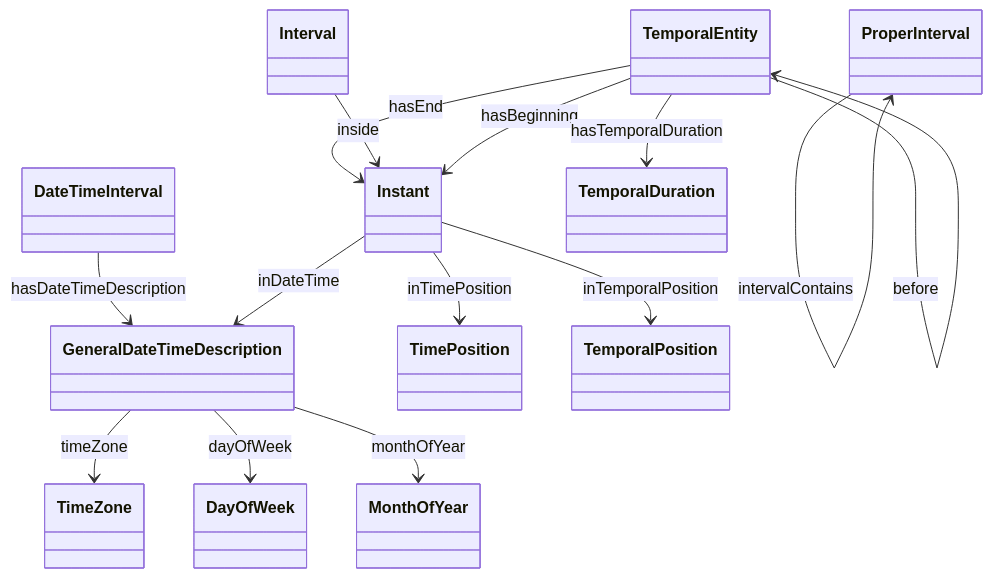
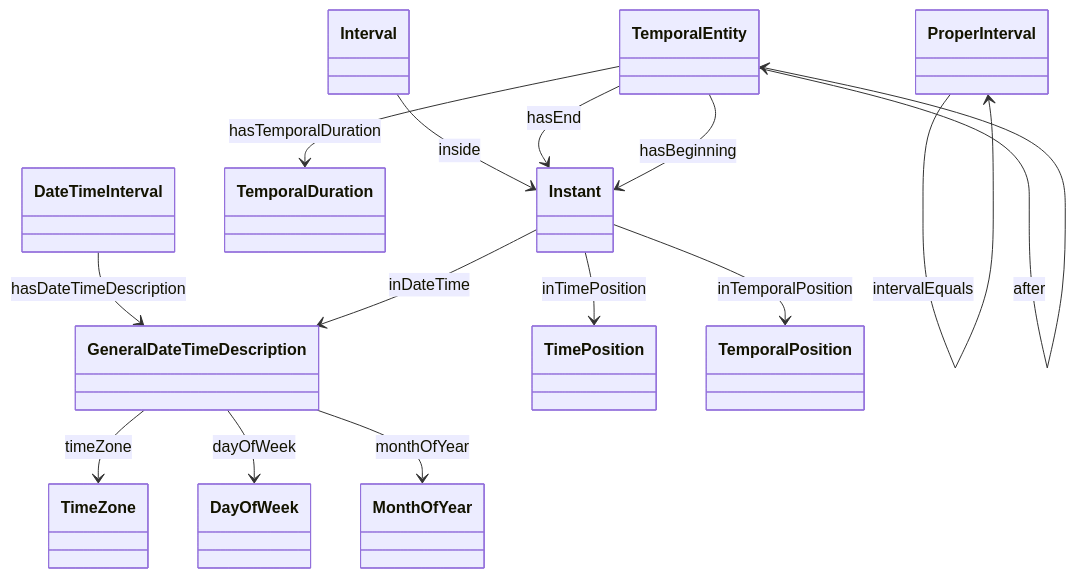
One commit to oeg-upm/Devos changed the diagram in output/Top_in_lov_freq/time.ttl-freq-5.md. Above: the diagram before and after it, drawn with Mermaid. The commit also changed other lines of this file and 186 other files, not shown here.

````diff
--- a/output/Top_in_lov_freq/time.ttl-freq-5.md
+++ b/output/Top_in_lov_freq/time.ttl-freq-5.md
@@ -1,83 +1,83 @@
 ```mermaid
 	classDiagram
 
     
     class ProperInterval {
     
     }
 
     class TemporalEntity {
     
     }
 
     class Instant {
     
     }
 
     class GeneralDateTimeDescription {
     
     }
 
     class DayOfWeek {
     
     }
 
 
 
-Instant  --> TimePosition   :inTimePosition  
+ProperInterval  --> ProperInterval   :intervalIn  
+
+ProperInterval  --> ProperInterval   :intervalAfter  
+
+ProperInterval  --> ProperInterval   :intervalFinishes  
+
+TemporalEntity  --> TemporalDuration   :hasTemporalDuration  
+
+TemporalEntity  --> TemporalEntity   :before  
+
+ProperInterval  --> ProperInterval   :intervalStartedBy  
+
+ProperInterval  --> ProperInterval   :intervalMetBy  
+
+ProperInterval  --> ProperInterval   :intervalMeets  
+
+Interval  --> Instant   :inside  
+
+ProperInterval  --> ProperInterval   :intervalDisjoint  
 
 GeneralDateTimeDescription  --> TimeZone   :timeZone  
 
-ProperInterval  --> ProperInterval   :intervalAfter  
+ProperInterval  --> ProperInterval   :intervalDuring  
 
-ProperInterval  --> ProperInterval   :intervalMetBy  
+ProperInterval  --> ProperInterval   :intervalBefore  
 
-ProperInterval  --> ProperInterval   :intervalIn  
+TemporalEntity  --> Instant   :hasEnd  
+
+Instant  --> TimePosition   :inTimePosition  
+
+Instant  --> TemporalPosition   :inTemporalPosition  
+
+DateTimeInterval  --> GeneralDateTimeDescription   :hasDateTimeDescription  
+
+GeneralDateTimeDescription  --> DayOfWeek   :dayOfWeek  
+
+TemporalEntity  --> Instant   :hasBeginning  
+
+ProperInterval  --> ProperInterval   :intervalOverlaps  
+
+ProperInterval  --> ProperInterval   :intervalOverlappedBy  
+
+ProperInterval  --> ProperInterval   :intervalContains  
+
+Instant  --> GeneralDateTimeDescription   :inDateTime  
+
+ProperInterval  --> ProperInterval   :intervalFinishedBy  
 
 ProperInterval  --> ProperInterval   :intervalStarts  
 
-ProperInterval  --> ProperInterval   :intervalOverlaps  
+GeneralDateTimeDescription  --> MonthOfYear   :monthOfYear  
 
-ProperInterval  --> ProperInterval   :intervalDuring  
+TemporalEntity  --> TemporalEntity   :after  
 
 ProperInterval  --> ProperInterval   :intervalEquals  
 
-TemporalEntity  --> TemporalEntity   :after  
-
-Instant  --> TemporalPosition   :inTemporalPosition  
-
-ProperInterval  --> ProperInterval   :intervalBefore  
-
-ProperInterval  --> ProperInterval   :intervalStartedBy  
-
-ProperInterval  --> ProperInterval   :intervalMeets  
-
-TemporalEntity  --> Instant   :hasEnd  
-
-ProperInterval  --> ProperInterval   :intervalDisjoint  
-
-DateTimeInterval  --> GeneralDateTimeDescription   :hasDateTimeDescription  
-
-ProperInterval  --> ProperInterval   :intervalFinishedBy  
-
-ProperInterval  --> ProperInterval   :intervalFinishes  
-
-Interval  --> Instant   :inside  
-
-GeneralDateTimeDescription  --> DayOfWeek   :dayOfWeek  
-
-ProperInterval  --> ProperInterval   :intervalOverlappedBy  
-
-GeneralDateTimeDescription  --> MonthOfYear   :monthOfYear  
-
-Instant  --> GeneralDateTimeDescription   :inDateTime  
-
-TemporalEntity  --> TemporalEntity   :before  
-
-TemporalEntity  --> Instant   :hasBeginning  
-
-ProperInterval  --> ProperInterval   :intervalContains  
-
-TemporalEntity  --> TemporalDuration   :hasTemporalDuration  
-
 ```
````
